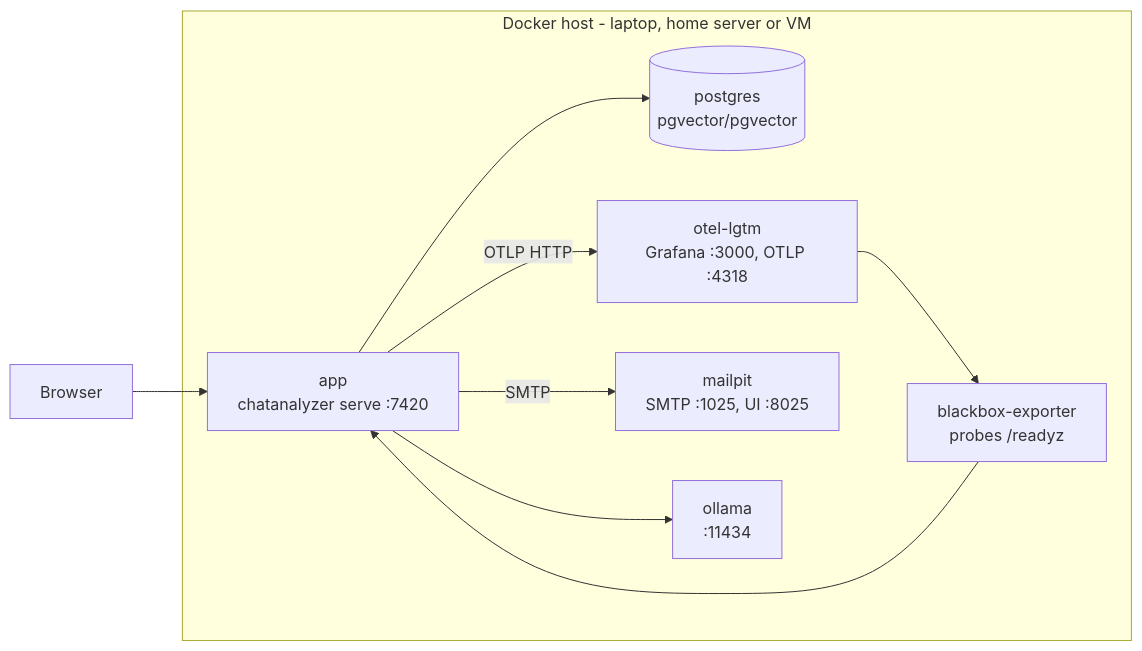
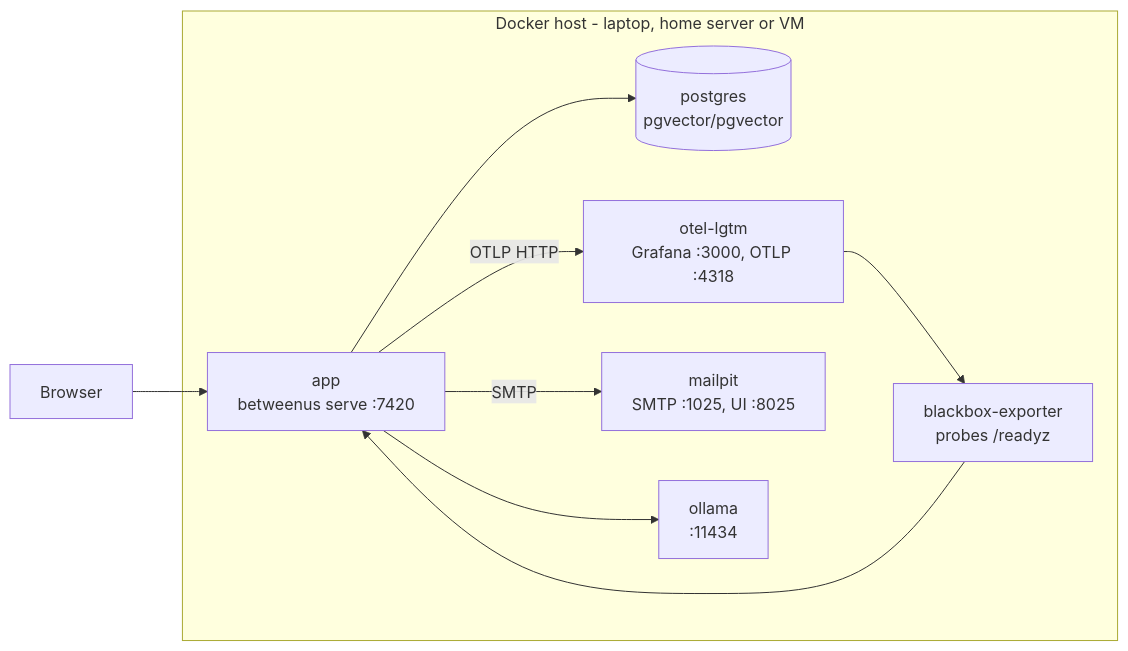
The second of 5 diagrams in docs/07-deployment.md (KshitijV97/between-us), drawn with Mermaid before and after one commit. The commit also changed other lines of this file and 70 other files, not shown here.

````diff
--- a/docs/07-deployment.md
+++ b/docs/07-deployment.md
@@ -93,18 +93,18 @@
 ```mermaid
 flowchart LR
     subgraph Host["Docker host - laptop, home server or VM"]
-        app["app<br/>chatanalyzer serve :7420"]
+        app["app<br/>betweenus serve :7420"]
         pg[("postgres<br/>pgvector/pgvector")]
         lgtm["otel-lgtm<br/>Grafana :3000, OTLP :4318"]
         mail["mailpit<br/>SMTP :1025, UI :8025"]
         oll["ollama<br/>:11434"]
         bb["blackbox-exporter<br/>probes /readyz"]
     end
     user["Browser"] --> app
     app --> pg
     app -->|"OTLP HTTP"| lgtm
     app -->|"SMTP"| mail
     app --> oll
     bb --> app
     lgtm --> bb
 ```
````
